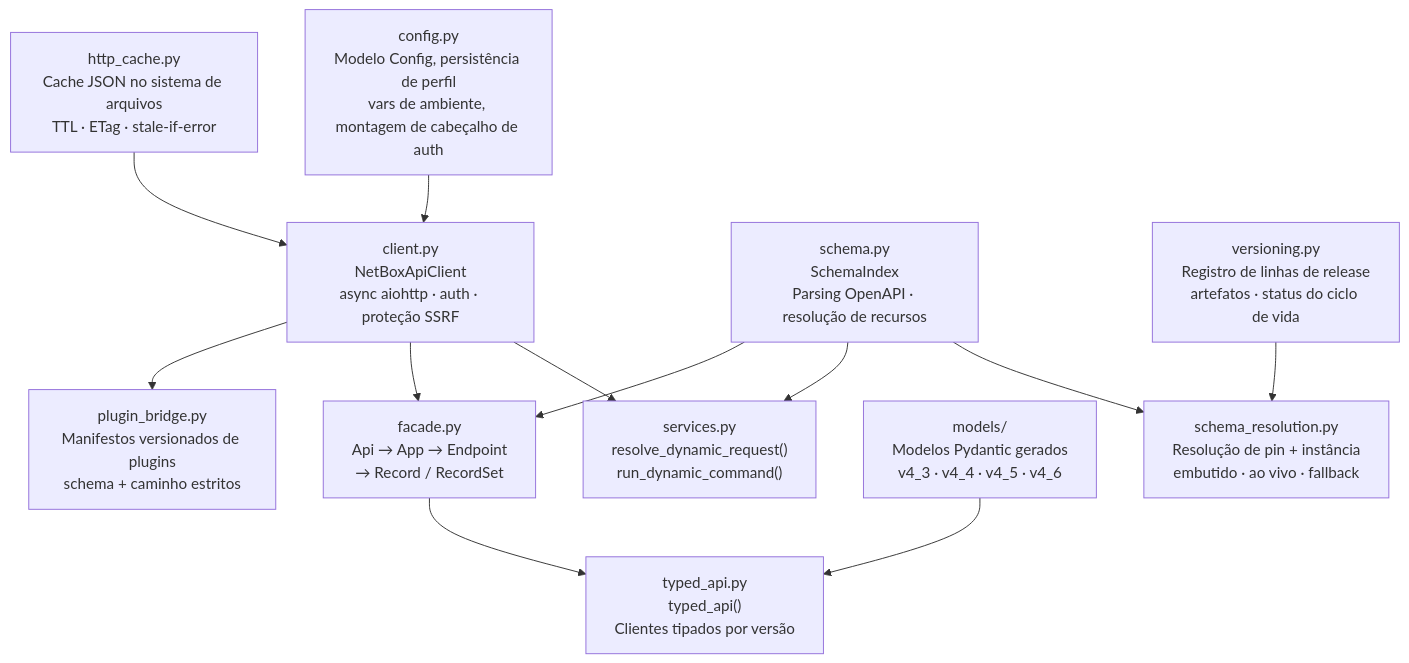
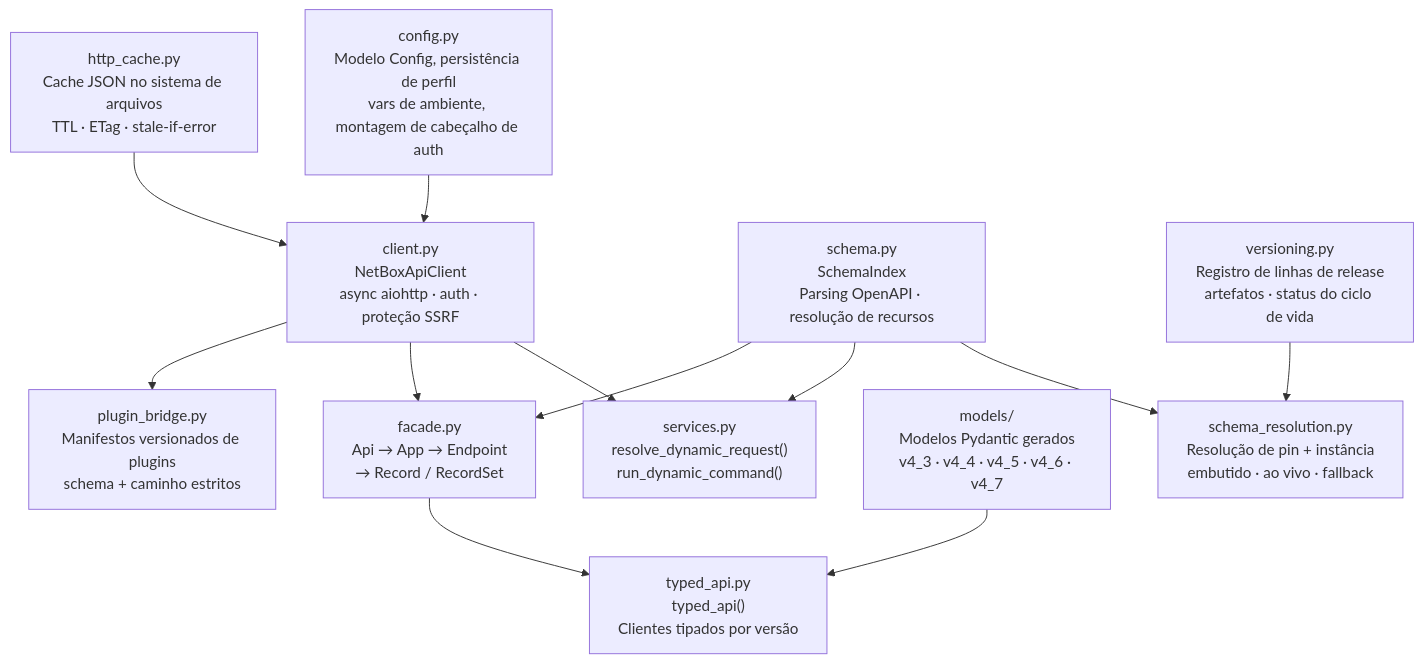
The second of 5 diagrams in docs/developer/architecture.pt.md (emersonfelipesp/netbox-sdk), drawn with Mermaid before and after one commit. The commit also changed other lines of this file and 13 other files, not shown here.

````diff
--- a/docs/developer/architecture.pt.md
+++ b/docs/developer/architecture.pt.md
@@ -33,26 +33,26 @@
 ```mermaid
 flowchart TB
     config["config.py\nModelo Config, persistência de perfil\nvars de ambiente, montagem de cabeçalho de auth"]
     cache["http_cache.py\nCache JSON no sistema de arquivos\nTTL · ETag · stale-if-error"]
     client["client.py\nNetBoxApiClient\nasync aiohttp · auth · proteção SSRF"]
     schema["schema.py\nSchemaIndex\nParsing OpenAPI · resolução de recursos"]
     versions["versioning.py\nRegistro de linhas de release\nartefatos · status do ciclo de vida"]
     resolution["schema_resolution.py\nResolução de pin + instância\nembutido · ao vivo · fallback"]
     services["services.py\nresolve_dynamic_request()\nrun_dynamic_command()"]
     facade["facade.py\nApi → App → Endpoint\n→ Record / RecordSet"]
     typed["typed_api.py\ntyped_api()\nClientes tipados por versão"]
-    models["models/\nModelos Pydantic gerados\nv4_3 · v4_4 · v4_5 · v4_6"]
+    models["models/\nModelos Pydantic gerados\nv4_3 · v4_4 · v4_5 · v4_6 · v4_7"]
     bridge["plugin_bridge.py\nManifestos versionados de plugins\nschema + caminho estritos"]
 
     config --> client
     cache --> client
     versions --> resolution
     schema --> resolution
     schema --> services
     client --> services
     client --> facade
     schema --> facade
     facade --> typed
     models --> typed
     client --> bridge
 ```
````
